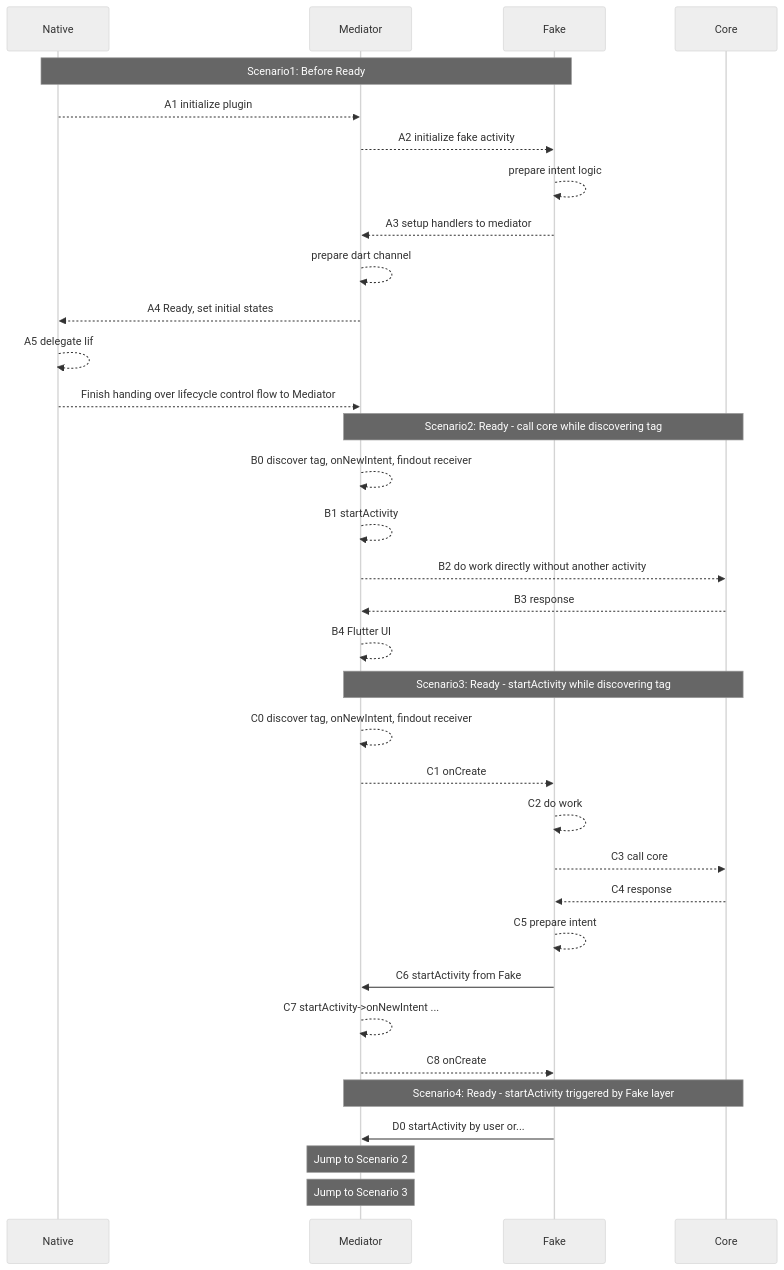
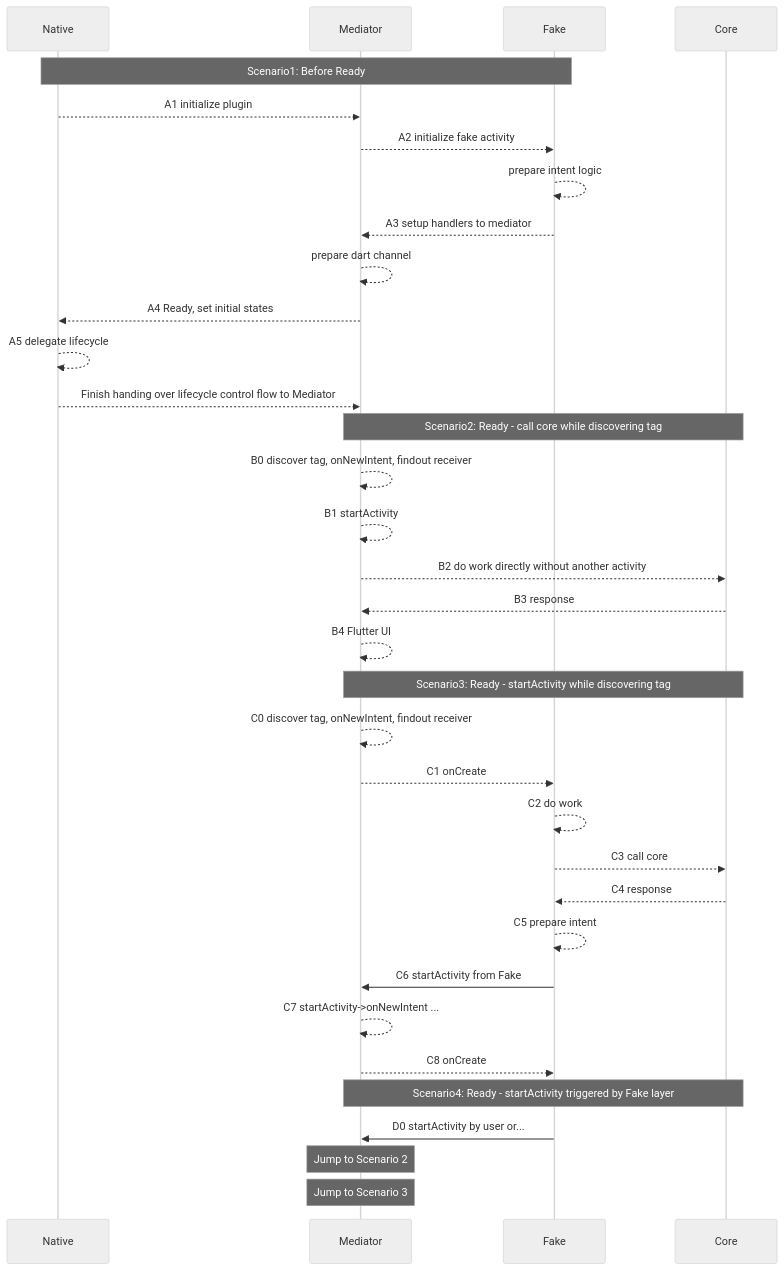
One commit to gordianknotC/nxp_note changed the first of 2 diagrams in flutter/android_to_flutter.md. Above: the diagram before and after it, drawn with Mermaid (neutral theme). The commit also changed other lines of this file, not shown here.

Commit message:
flutter/android_to_flutter.md updated from https://stackedit.io/

````diff
--- a/flutter/android_to_flutter.md
+++ b/flutter/android_to_flutter.md
@@ -4,51 +4,51 @@
 ```mermaid
 sequenceDiagram
 participant Native
 participant Mediator
 participant Fake
 participant Core
 
 
 Note over Native, Fake: Scenario1: Before Ready
 
 Native -->> Mediator: A1 initialize plugin
 Mediator -->> Fake: A2 initialize fake activity
 Fake -->> Fake: prepare intent logic
 Fake -->> Mediator: A3 setup handlers to mediator
 Mediator -->> Mediator: prepare dart channel
 Mediator -->> Native: A4 Ready, set initial states
-Native -->> Native: A5 delegate lif
+Native -->> Native: A5 delegate lifecycle
 Native -->> Mediator: Finish handing over lifecycle control flow to Mediator
 
 
 Note over Mediator, Core: Scenario2: Ready - call core while discovering tag 
 
 Mediator-->> Mediator: B0 discover tag, onNewIntent, findout receiver
 Mediator-->>Mediator: B1 startActivity
 Mediator-->>Core: B2 do work directly without another activity
 Core-->>Mediator: B3 response
 Mediator-->>Mediator: B4 Flutter UI
 
 
 Note over Mediator, Core: Scenario3: Ready - startActivity while discovering tag
 
 Mediator-->> Mediator: C0 discover tag, onNewIntent, findout receiver
 Mediator-->>Fake: C1 onCreate
 Fake-->>Fake: C2 do work
 Fake-->>Core:C3 call core
 Core-->>Fake:C4 response
 Fake-->>Fake:C5 prepare intent
 Fake->>Mediator: C6 startActivity from Fake
 Mediator-->>Mediator: C7 startActivity->onNewIntent ...
 Mediator-->>Fake: C8 onCreate
 
 
 Note over Mediator, Core: Scenario4: Ready - startActivity triggered by Fake layer
 
 Fake->>Mediator: D0 startActivity by user or...
 
 
 Note over Mediator: Jump to Scenario 2
 Note over Mediator: Jump to Scenario 3
 
 ```
````
